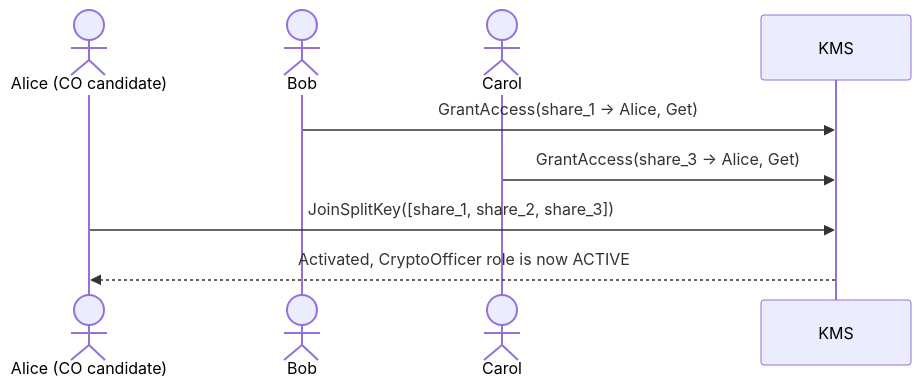
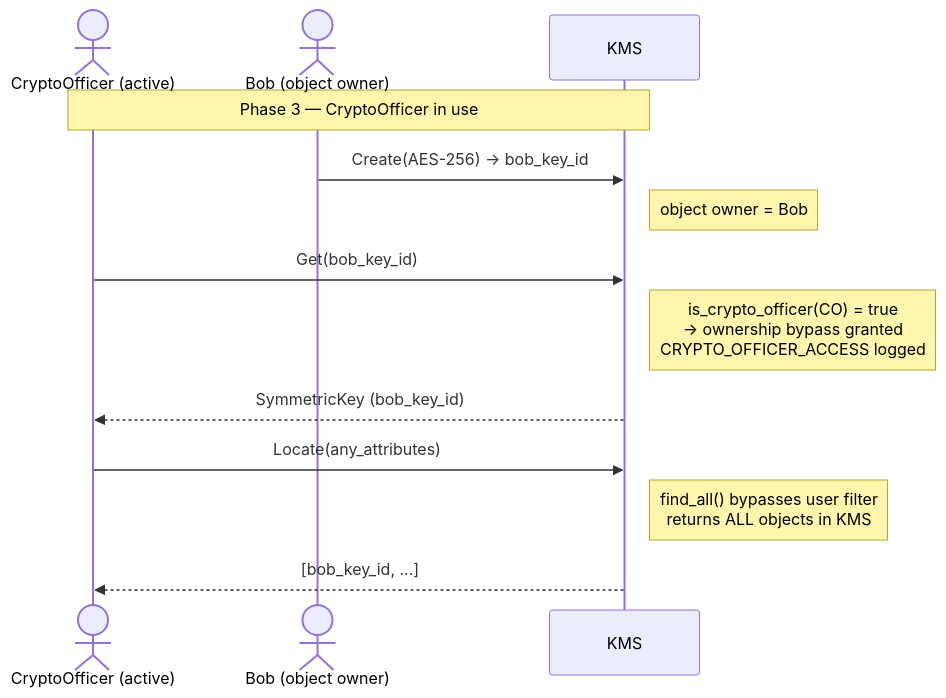
One commit to Cosmian/kms changed the fourth of 6 diagrams in documentation/docs/configuration/authorization/key_ceremony.md. Above: the diagram before and after it, drawn with Mermaid. The commit also changed other lines of this file and 79 other files, not shown here.

Commit message:
feat: add admin role under split-key ceremony

````diff
--- a/documentation/docs/configuration/authorization/key_ceremony.md
+++ b/documentation/docs/configuration/authorization/key_ceremony.md
@@ -170,12 +249,19 @@
 ```mermaid
 sequenceDiagram
-    actor Alice as Alice (CO candidate)
-    actor Bob as Bob
-    actor Carol as Carol
+    actor CO as CryptoOfficer (active)
+    actor Bob as Bob (object owner)
     participant KMS
 
-    Bob->>KMS: GrantAccess(share_1 → Alice, Get)
-    Carol->>KMS: GrantAccess(share_3 → Alice, Get)
-    Alice->>KMS: JoinSplitKey([share_1, share_2, share_3])
-    KMS-->>Alice: Activated, CryptoOfficer role is now ACTIVE
+    Note over CO,KMS: Phase 3 — CryptoOfficer in use
+
+    Bob->>KMS: Create(AES-256) → bob_key_id
+    Note right of KMS: object owner = Bob
+
+    CO->>KMS: Get(bob_key_id)
+    Note right of KMS: is_crypto_officer(CO) = true<br/>→ ownership bypass granted<br/>CRYPTO_OFFICER_ACCESS logged
+    KMS-->>CO: SymmetricKey (bob_key_id)
+
+    CO->>KMS: Locate(any_attributes)
+    Note right of KMS: find_all() bypasses user filter<br/>returns ALL objects in KMS
+    KMS-->>CO: [bob_key_id, ...]
 ```
````
